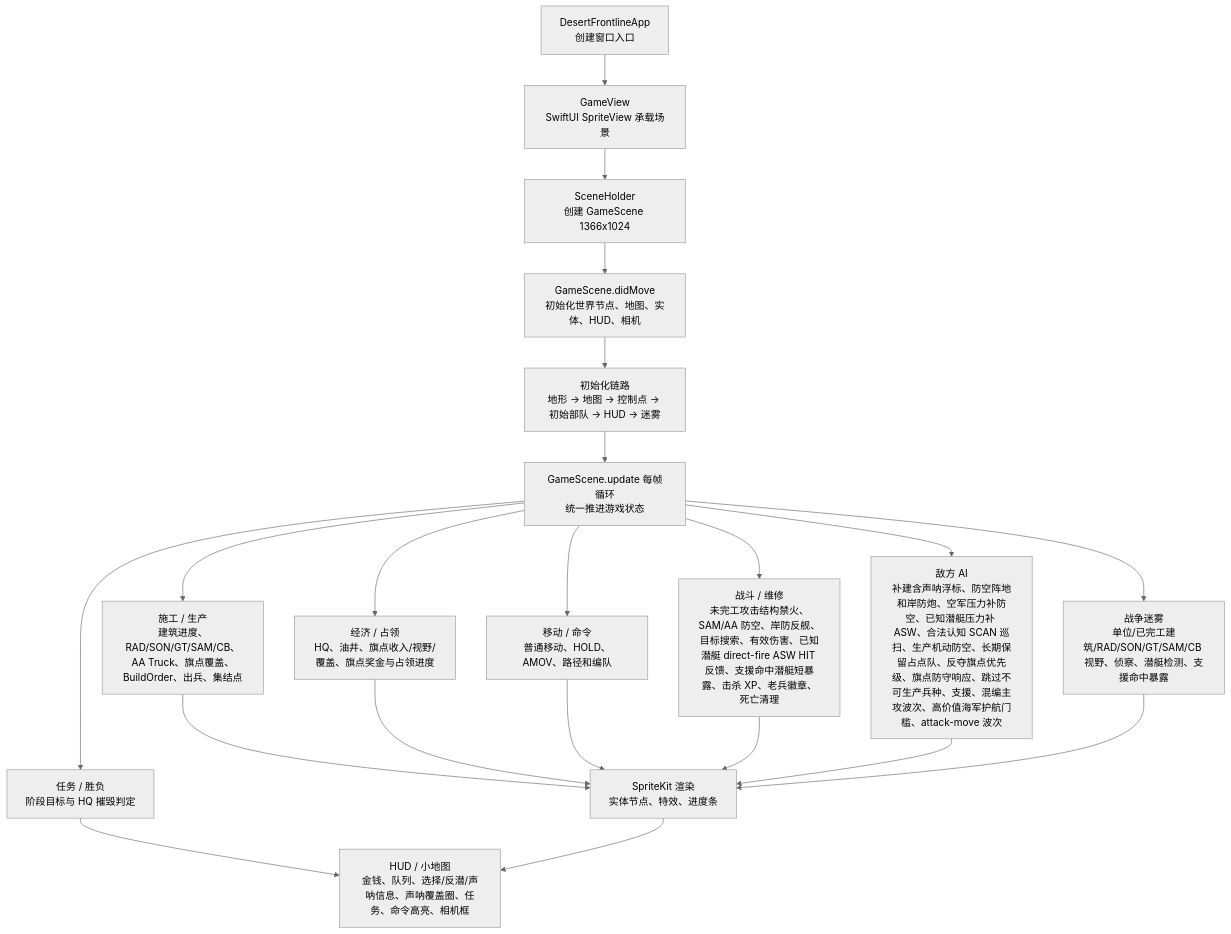
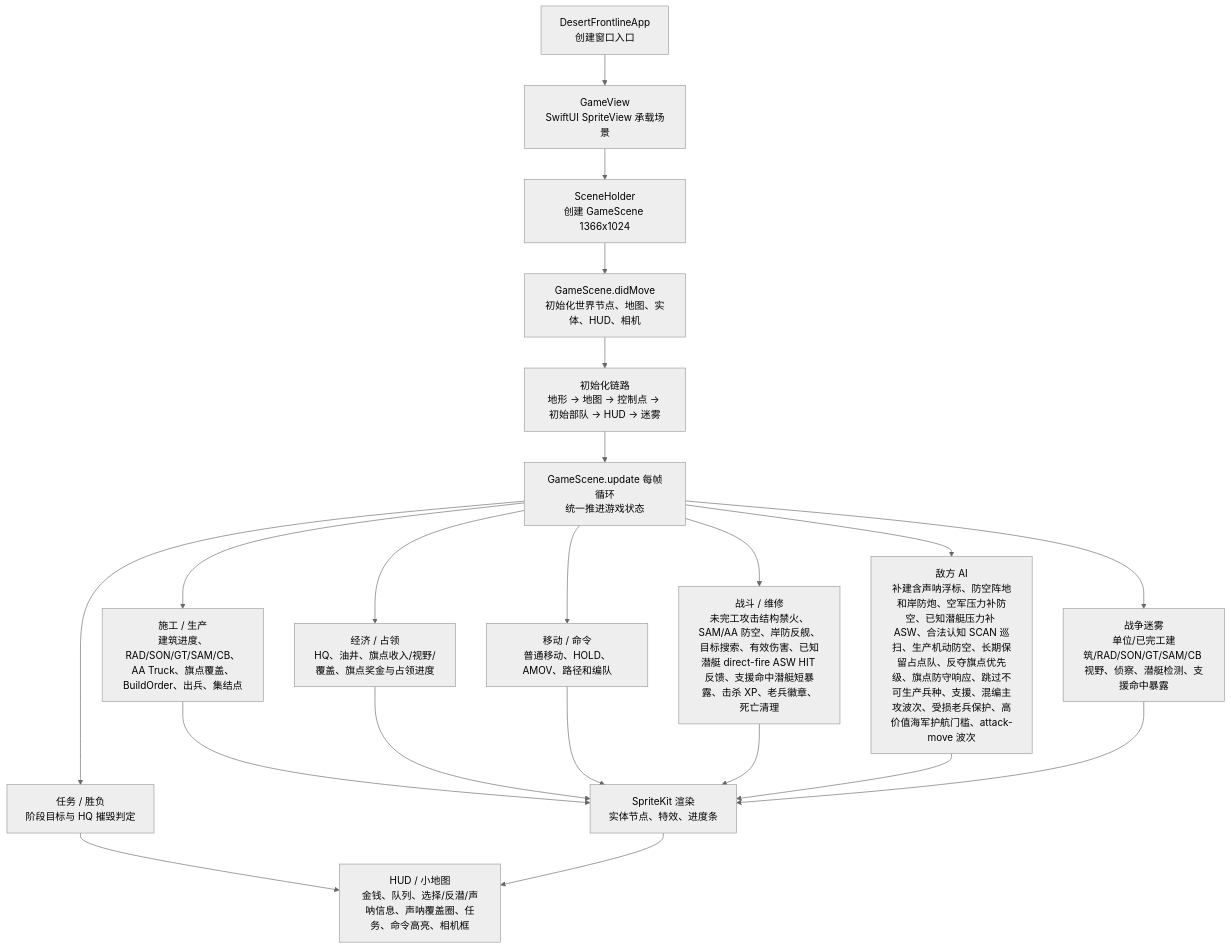
One commit to Altman-sam114/1145 changed the first of 3 diagrams in md/flow/flowchart.md. Above: the diagram before and after it, drawn with Mermaid (neutral theme). The commit also changed 4 other files, not shown here.

````diff
--- a/md/flow/flowchart.md
+++ b/md/flow/flowchart.md
@@ -9,23 +9,23 @@
 ```mermaid
 flowchart TD
   App["DesertFrontlineApp\n创建窗口入口"] --> View["GameView\nSwiftUI SpriteView 承载场景"]
   View --> Holder["SceneHolder\n创建 GameScene 1366x1024"]
   Holder --> Scene["GameScene.didMove\n初始化世界节点、地图、实体、HUD、相机"]
   Scene --> Init["初始化链路\n地形 -> 地图 -> 控制点 -> 初始部队 -> HUD -> 迷雾"]
   Init --> Loop["GameScene.update 每帧循环\n统一推进游戏状态"]
   Loop --> Build["施工 / 生产\n建筑进度、RAD/SON/GT/SAM/CB、AA Truck、旗点覆盖、BuildOrder、出兵、集结点"]
   Loop --> Economy["经济 / 占领\nHQ、油井、旗点收入/视野/覆盖、旗点奖金与占领进度"]
   Loop --> Commands["移动 / 命令\n普通移动、HOLD、AMOV、路径和编队"]
   Loop --> Combat["战斗 / 维修\n未完工攻击结构禁火、SAM/AA 防空、岸防反舰、目标搜索、有效伤害、已知潜艇 direct-fire ASW HIT 反馈、支援命中潜艇短暴露、击杀 XP、老兵徽章、死亡清理"]
-  Loop --> AI["敌方 AI\n补建含声呐浮标、防空阵地和岸防炮、空军压力补防空、已知潜艇压力补 ASW、合法认知 SCAN 巡扫、生产机动防空、长期保留占点队、反夺旗点优先级、旗点防守响应、跳过不可生产兵种、支援、混编主攻波次、高价值海军护航门槛、attack-move 波次"]
+  Loop --> AI["敌方 AI\n补建含声呐浮标、防空阵地和岸防炮、空军压力补防空、已知潜艇压力补 ASW、合法认知 SCAN 巡扫、生产机动防空、长期保留占点队、反夺旗点优先级、旗点防守响应、跳过不可生产兵种、支援、混编主攻波次、受损老兵保护、高价值海军护航门槛、attack-move 波次"]
   Loop --> Fog["战争迷雾\n单位/已完工建筑/RAD/SON/GT/SAM/CB 视野、侦察、潜艇检测、支援命中暴露"]
   Loop --> Mission["任务 / 胜负\n阶段目标与 HQ 摧毁判定"]
   Build --> Render["SpriteKit 渲染\n实体节点、特效、进度条"]
   Economy --> Render
   Commands --> Render
   Combat --> Render
   AI --> Render
   Fog --> Render
   Mission --> HUD["HUD / 小地图\n金钱、队列、选择/反潜/声呐信息、声呐覆盖圈、任务、命令高亮、相机框"]
   Render --> HUD
 ```
````
